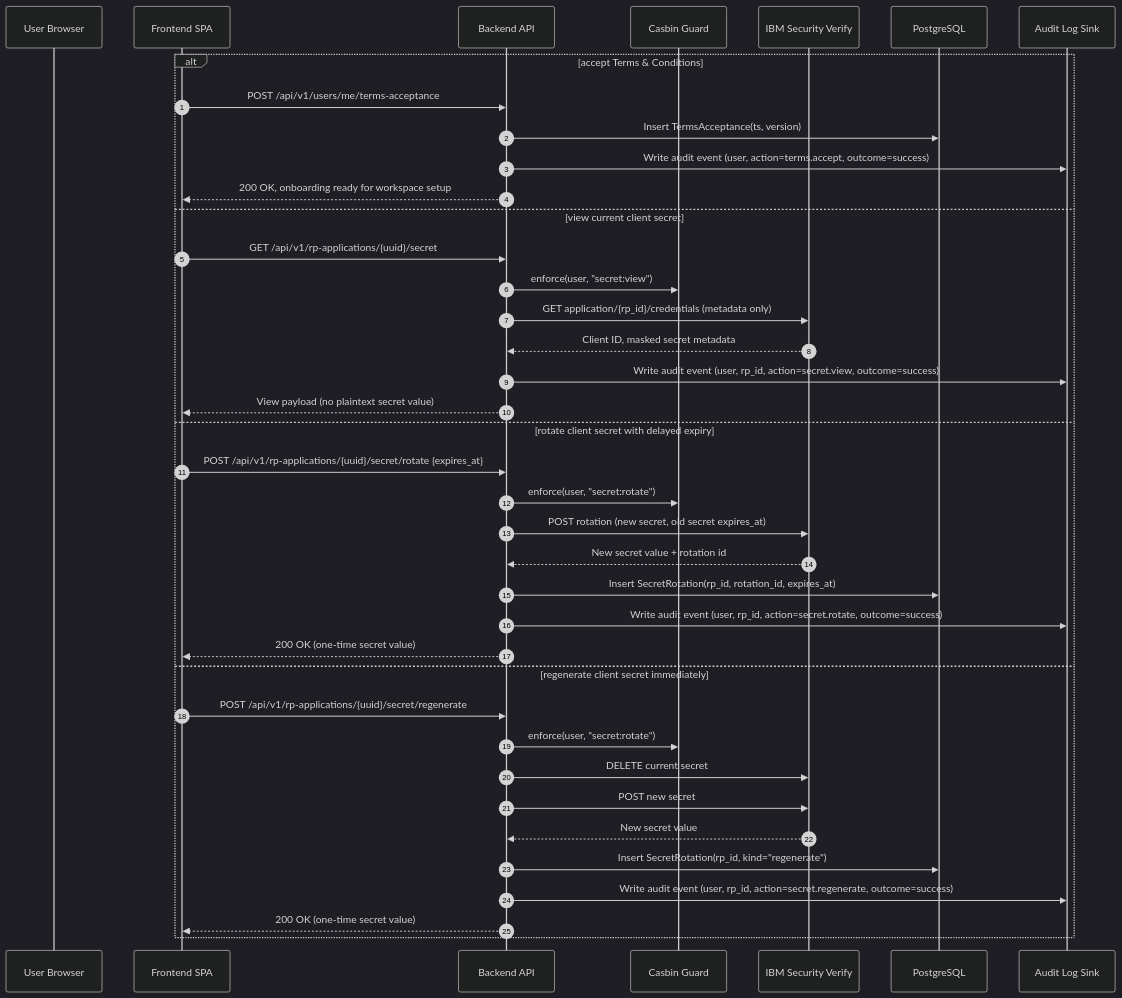
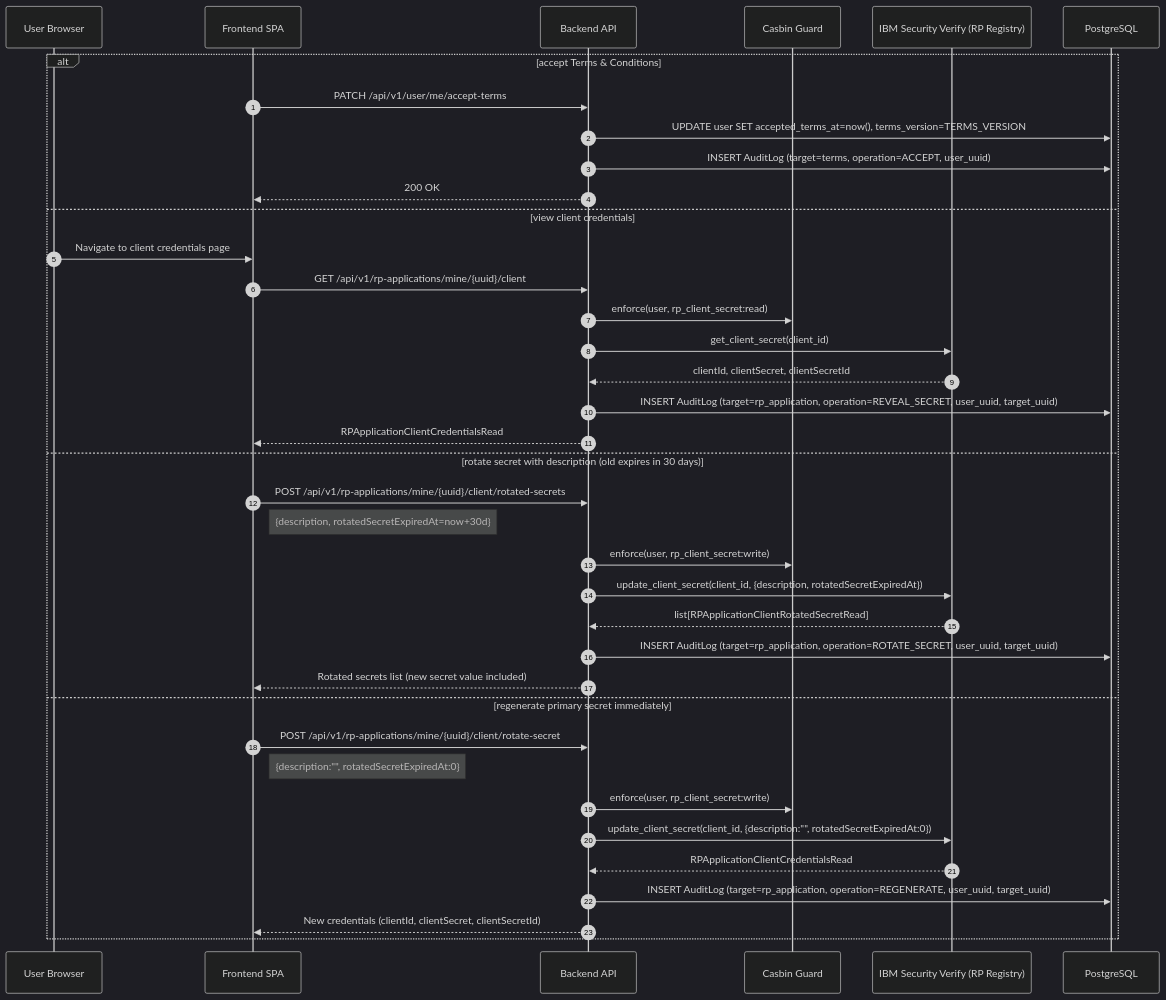
One commit to cds-snc/canadalogin-partner-portal changed diagram 13 of 13 in docs/plans/partner-portal-mvp-data-flows.md. Above: the diagram before and after it, drawn with Mermaid (dark theme). The commit also changed other lines of this file and 1 other file, not shown here.

Commit message:
mvp architecture doc update (#93)

````diff
--- a/docs/plans/partner-portal-mvp-data-flows.md
+++ b/docs/plans/partner-portal-mvp-data-flows.md
@@ -323,42 +376,41 @@
 ```mermaid
 sequenceDiagram
     autonumber
     participant U as User Browser
     participant FE as Frontend SPA
     participant BE as Backend API
     participant C as Casbin Guard
-    participant V as IBM Security Verify
+    participant V as IBM Security Verify (RP Registry)
     participant DB as PostgreSQL
-    participant AL as Audit Log Sink
 
     alt accept Terms & Conditions
-        FE->>BE: POST /api/v1/users/me/terms-acceptance
-        BE->>DB: Insert TermsAcceptance(ts, version)
-        BE->>AL: Write audit event (user, action=terms.accept, outcome=success)
-        BE-->>FE: 200 OK, onboarding ready for workspace setup
-    else view current client secret
-        FE->>BE: GET /api/v1/rp-applications/{uuid}/secret
-        BE->>C: enforce(user, "secret:view")
-        BE->>V: GET application/{rp_id}/credentials (metadata only)
-        V-->>BE: Client ID, masked secret metadata
-        BE->>AL: Write audit event (user, rp_id, action=secret.view, outcome=success)
-        BE-->>FE: View payload (no plaintext secret value)
-    else rotate client secret with delayed expiry
-        FE->>BE: POST /api/v1/rp-applications/{uuid}/secret/rotate {expires_at}
-        BE->>C: enforce(user, "secret:rotate")
-        BE->>V: POST rotation (new secret, old secret expires_at)
-        V-->>BE: New secret value + rotation id
-        BE->>DB: Insert SecretRotation(rp_id, rotation_id, expires_at)
-        BE->>AL: Write audit event (user, rp_id, action=secret.rotate, outcome=success)
-        BE-->>FE: 200 OK (one-time secret value)
-    else regenerate client secret immediately
-        FE->>BE: POST /api/v1/rp-applications/{uuid}/secret/regenerate
-        BE->>C: enforce(user, "secret:rotate")
-        BE->>V: DELETE current secret
-        BE->>V: POST new secret
-        V-->>BE: New secret value
-        BE->>DB: Insert SecretRotation(rp_id, kind="regenerate")
-        BE->>AL: Write audit event (user, rp_id, action=secret.regenerate, outcome=success)
-        BE-->>FE: 200 OK (one-time secret value)
+        FE->>BE: PATCH /api/v1/user/me/accept-terms
+        BE->>DB: UPDATE user SET accepted_terms_at=now(), terms_version=TERMS_VERSION
+        BE->>DB: INSERT AuditLog (target=terms, operation=ACCEPT, user_uuid)
+        BE-->>FE: 200 OK
+    else view client credentials
+        U->>FE: Navigate to client credentials page
+        FE->>BE: GET /api/v1/rp-applications/mine/{uuid}/client
+        BE->>C: enforce(user, rp_client_secret:read)
+        BE->>V: get_client_secret(client_id)
+        V-->>BE: clientId, clientSecret, clientSecretId
+        BE->>DB: INSERT AuditLog (target=rp_application, operation=REVEAL_SECRET, user_uuid, target_uuid)
+        BE-->>FE: RPApplicationClientCredentialsRead
+    else rotate secret with description (old expires in 30 days)
+        FE->>BE: POST /api/v1/rp-applications/mine/{uuid}/client/rotated-secrets
+        Note right of FE: {description, rotatedSecretExpiredAt=now+30d}
+        BE->>C: enforce(user, rp_client_secret:write)
+        BE->>V: update_client_secret(client_id, {description, rotatedSecretExpiredAt})
+        V-->>BE: list[RPApplicationClientRotatedSecretRead]
+        BE->>DB: INSERT AuditLog (target=rp_application, operation=ROTATE_SECRET, user_uuid, target_uuid)
+        BE-->>FE: Rotated secrets list (new secret value included)
+    else regenerate primary secret immediately
+        FE->>BE: POST /api/v1/rp-applications/mine/{uuid}/client/rotate-secret
+        Note right of FE: {description:"", rotatedSecretExpiredAt:0}
+        BE->>C: enforce(user, rp_client_secret:write)
+        BE->>V: update_client_secret(client_id, {description:"", rotatedSecretExpiredAt:0})
+        V-->>BE: RPApplicationClientCredentialsRead
+        BE->>DB: INSERT AuditLog (target=rp_application, operation=REGENERATE, user_uuid, target_uuid)
+        BE-->>FE: New credentials (clientId, clientSecret, clientSecretId)
     end
 ```
````
